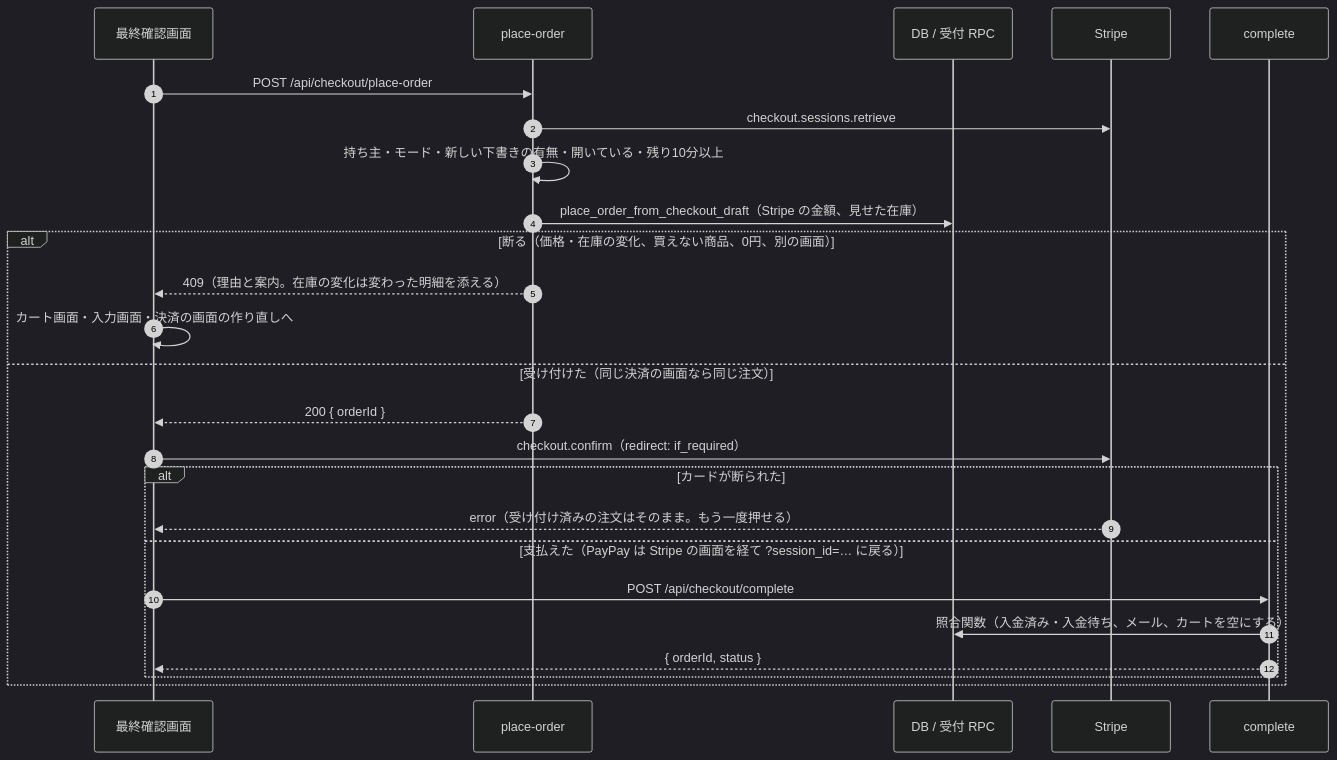
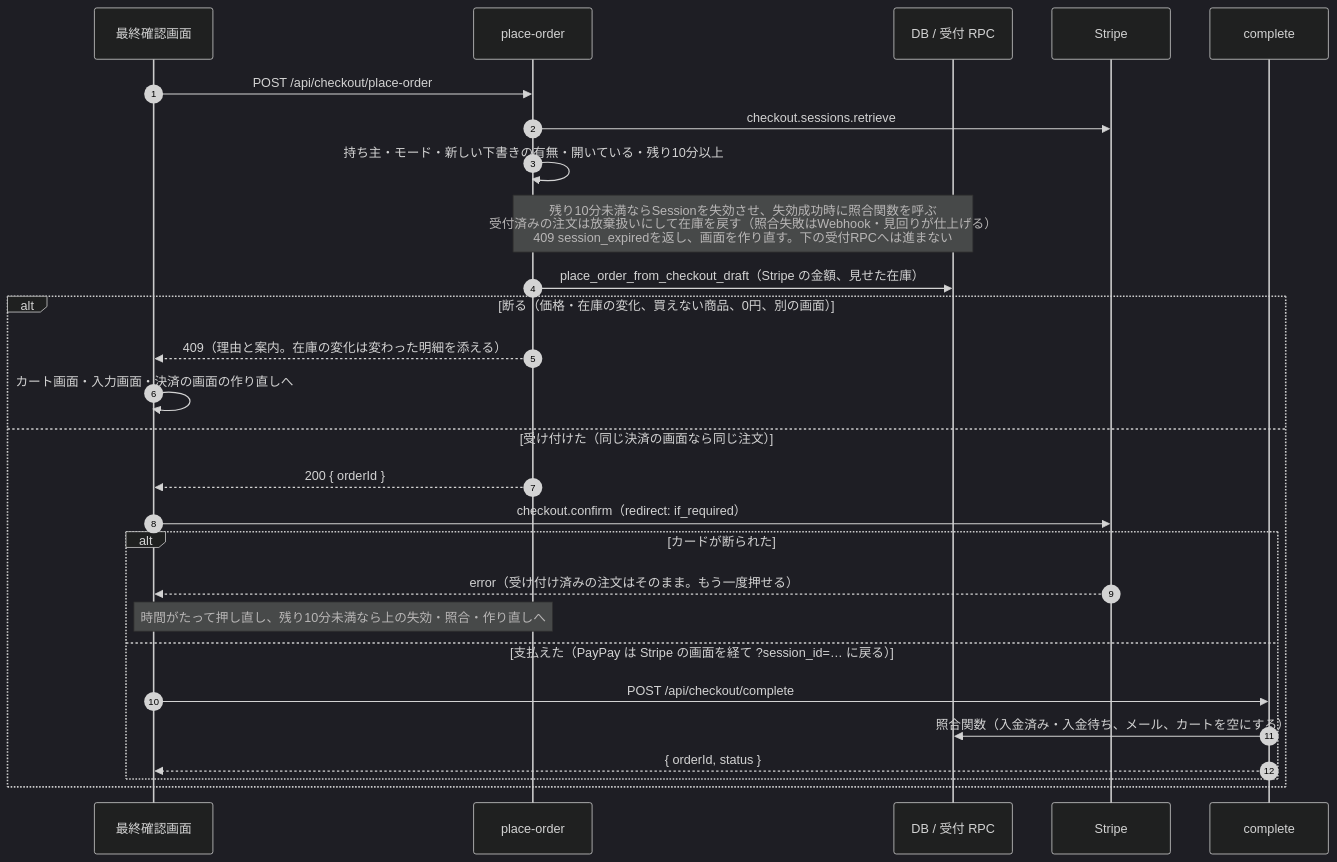
The second of 5 diagrams in docs/04_DetailDesign/sequence/checkout-payment.md (ChocoWork/o_official), drawn with Mermaid (dark theme) before and after one commit. The commit also changed other lines of this file and 9 other files, not shown here.

````diff
--- a/docs/04_DetailDesign/sequence/checkout-payment.md
+++ b/docs/04_DetailDesign/sequence/checkout-payment.md
@@ -79,27 +81,29 @@
 ```mermaid
 sequenceDiagram
     autonumber
     participant UI as 最終確認画面
     participant PO as place-order
     participant DB as DB / 受付 RPC
     participant Stripe as Stripe
     participant C as complete
     UI->>PO: POST /api/checkout/place-order
     PO->>Stripe: checkout.sessions.retrieve
     PO->>PO: 持ち主・モード・新しい下書きの有無・開いている・残り10分以上
+    Note over PO,DB: 残り10分未満ならSessionを失効させ、失効成功時に照合関数を呼ぶ<br/>受付済みの注文は放棄扱いにして在庫を戻す（照合失敗はWebhook・見回りが仕上げる）<br/>409 session_expiredを返し、画面を作り直す。下の受付RPCへは進まない
     PO->>DB: place_order_from_checkout_draft（Stripe の金額、見せた在庫）
     alt 断る（価格・在庫の変化、買えない商品、0円、別の画面）
         PO-->>UI: 409（理由と案内。在庫の変化は変わった明細を添える）
         UI->>UI: カート画面・入力画面・決済の画面の作り直しへ
     else 受け付けた（同じ決済の画面なら同じ注文）
         PO-->>UI: 200 { orderId }
         UI->>Stripe: checkout.confirm（redirect: if_required）
         alt カードが断られた
             Stripe-->>UI: error（受け付け済みの注文はそのまま。もう一度押せる）
+            Note over UI,PO: 時間がたって押し直し、残り10分未満なら上の失効・照合・作り直しへ
         else 支払えた（PayPay は Stripe の画面を経て ?session_id=… に戻る）
             UI->>C: POST /api/checkout/complete
             C->>DB: 照合関数（入金済み・入金待ち、メール、カートを空にする）
             C-->>UI: { orderId, status }
         end
     end
 ```
````
